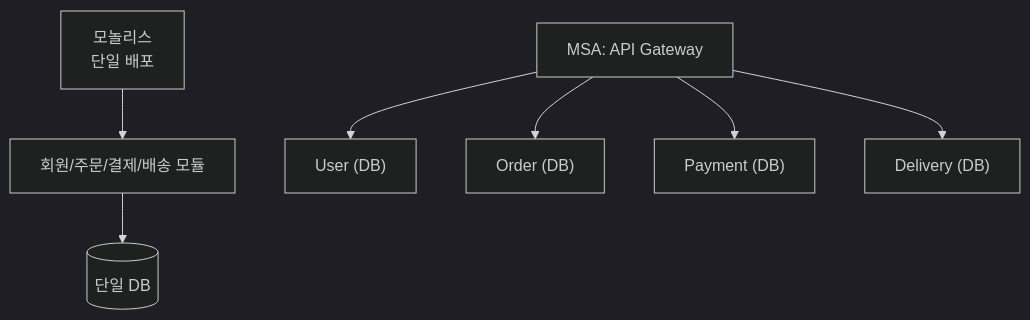
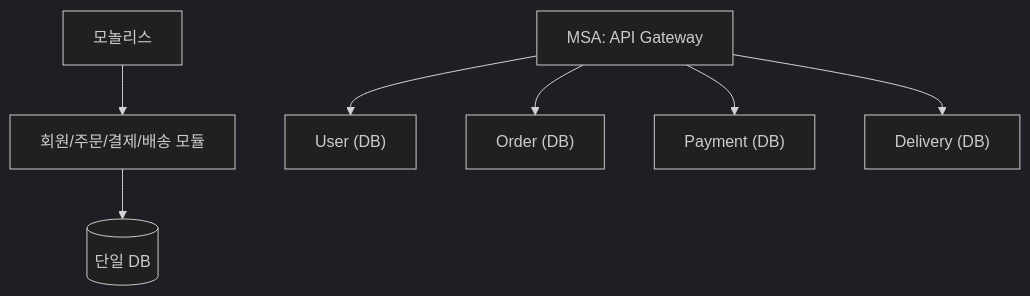
The first of 4 diagrams in _posts/architecture/2026-05-01-msa.md (yjkim2015/yjkim2015.github.io), drawn with Mermaid (dark theme) before and after one commit. The commit also changed other lines of this file and 217 other files, not shown here.

First line of the commit message:
Mermaid 크기 수정: useMaxWidth:true + SVG max-width:100% + 라벨 축소

````diff
--- a/_posts/architecture/2026-05-01-msa.md
+++ b/_posts/architecture/2026-05-01-msa.md
@@ -19,9 +19,9 @@
 ```mermaid
 graph TD
-    M["모놀리스\n단일 배포"] --> U["회원/주문/결제/배송 모듈"]
+    M["모놀리스"] --> U["회원/주문/결제/배송 모듈"]
     U --> DB1[("단일 DB")]
     GW["MSA: API Gateway"] --> US["User (DB)"]
     GW --> OS["Order (DB)"]
     GW --> PS["Payment (DB)"]
     GW --> DS["Delivery (DB)"]
 ```
````
